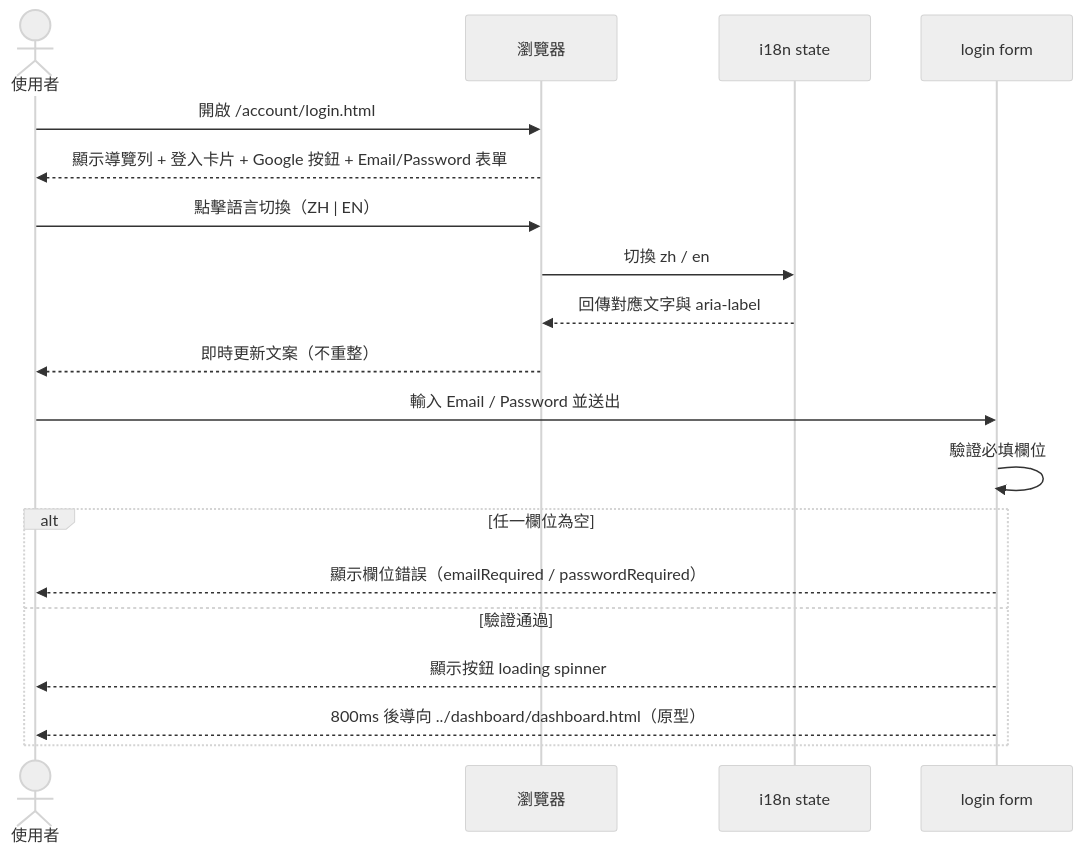
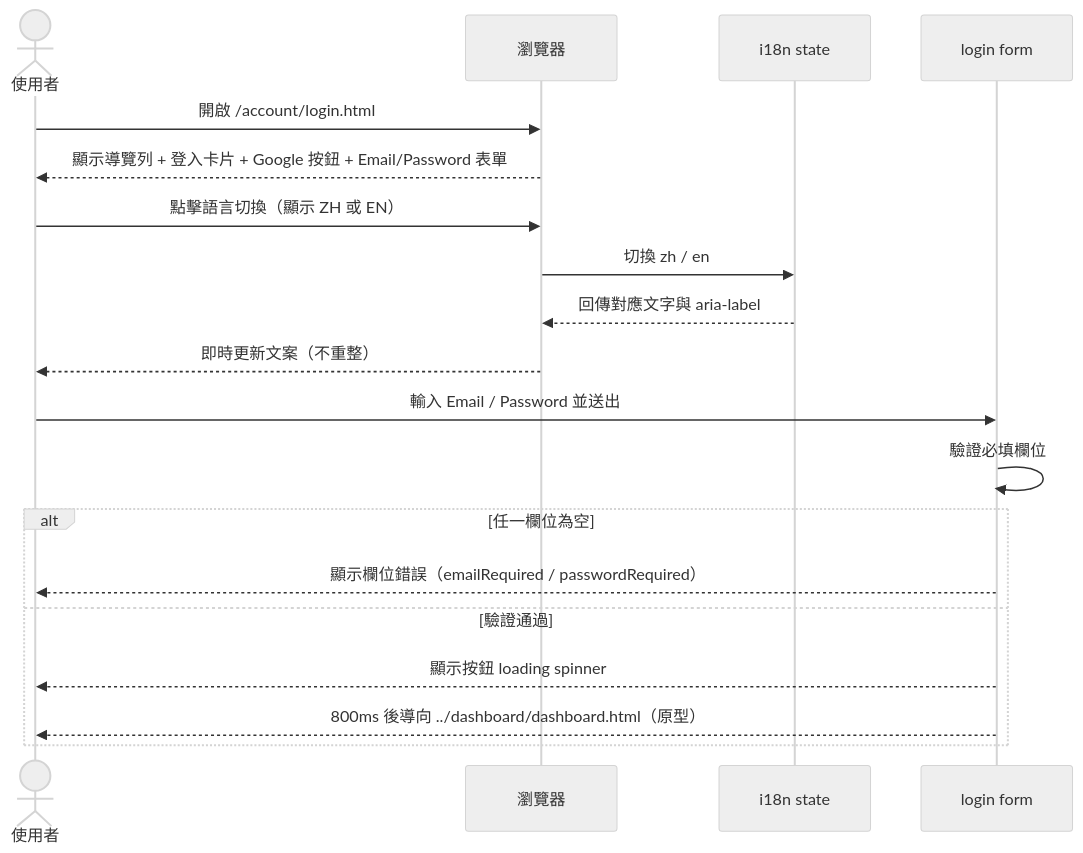
Before and after one commit to singyichen/label-suite: the first of 2 diagrams in specs/account/001-login-email-password/spec.md, drawn with Mermaid (neutral theme). The commit also changed other lines of this file and 8 other files, not shown here.

````diff
--- a/specs/account/001-login-email-password/spec.md
+++ b/specs/account/001-login-email-password/spec.md
@@ -16,25 +16,25 @@
 ```mermaid
 sequenceDiagram
     actor 使用者
     participant 瀏覽器
     participant i18n as i18n state
     participant loginForm as login form
 
     使用者->>瀏覽器: 開啟 /account/login.html
     瀏覽器-->>使用者: 顯示導覽列 + 登入卡片 + Google 按鈕 + Email/Password 表單
 
-    使用者->>瀏覽器: 點擊語言切換（ZH | EN）
+    使用者->>瀏覽器: 點擊語言切換（顯示 ZH 或 EN）
     瀏覽器->>i18n: 切換 zh / en
     i18n-->>瀏覽器: 回傳對應文字與 aria-label
     瀏覽器-->>使用者: 即時更新文案（不重整）
 
     使用者->>loginForm: 輸入 Email / Password 並送出
     loginForm->>loginForm: 驗證必填欄位
 
     alt 任一欄位為空
         loginForm-->>使用者: 顯示欄位錯誤（emailRequired / passwordRequired）
     else 驗證通過
         loginForm-->>使用者: 顯示按鈕 loading spinner
         loginForm-->>使用者: 800ms 後導向 ../dashboard/dashboard.html（原型）
     end
 ```
````
